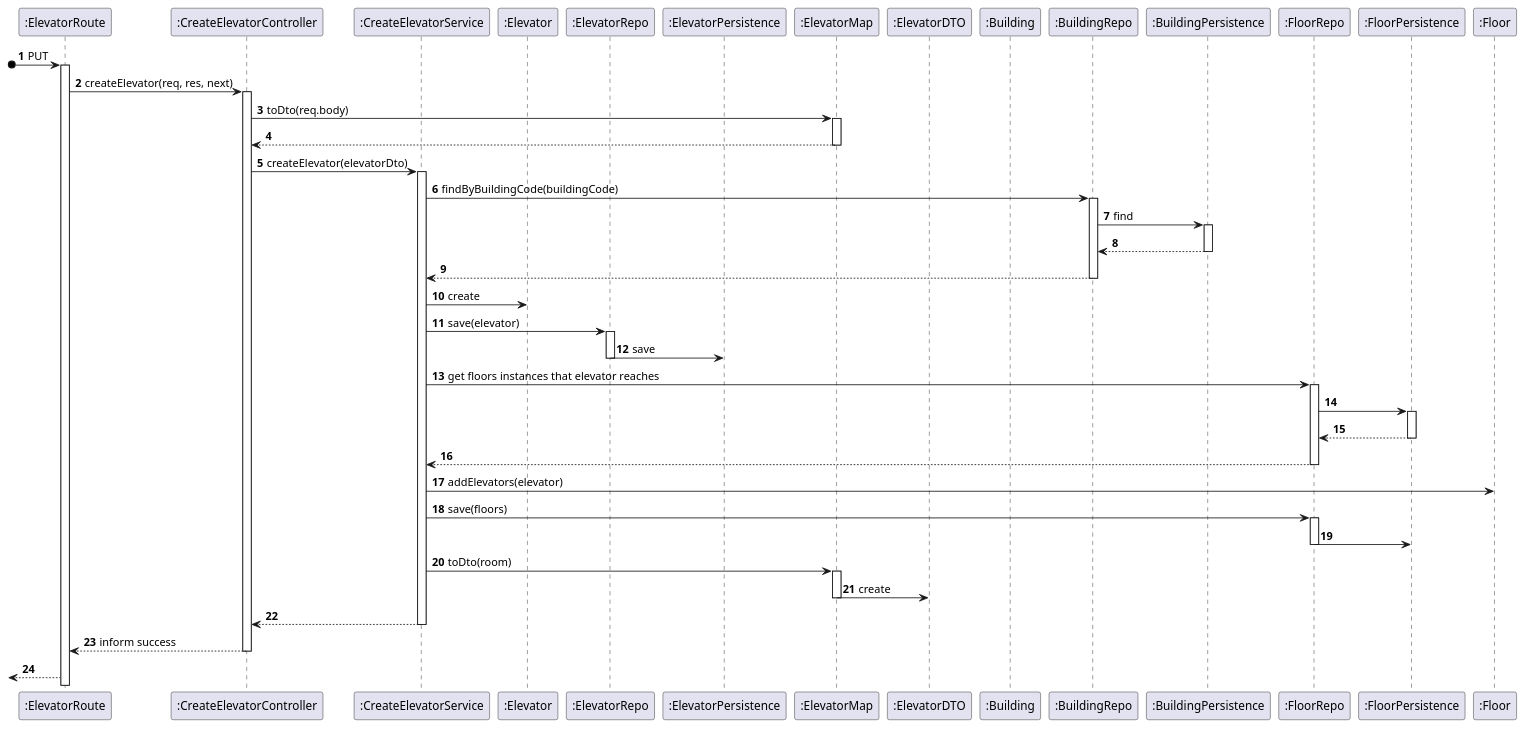
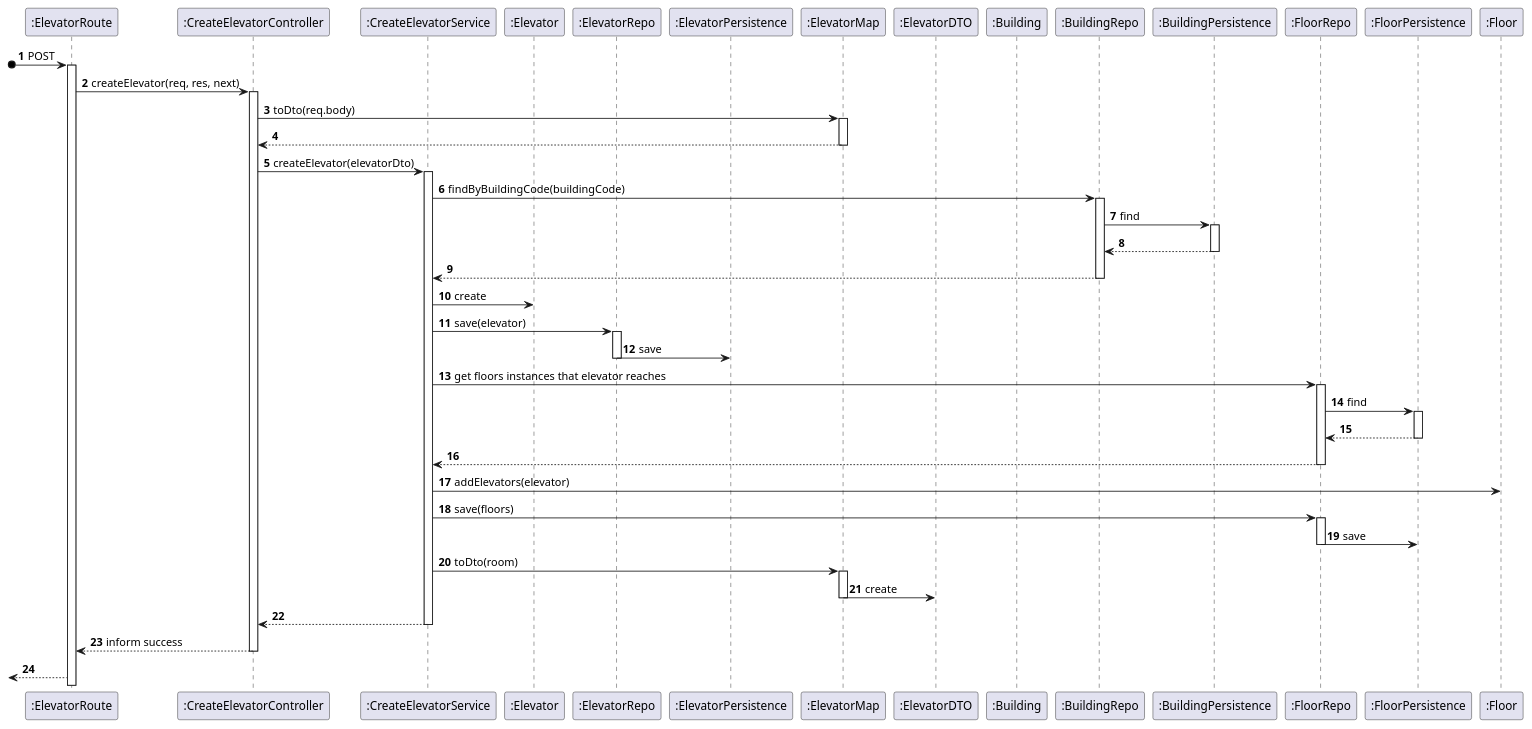
Before and after one commit to Pedro-Pereira1/sem5pi_23_24_g056: the diagram in docs/US_270/Diagrams/Level3/ProcessView.puml, drawn with PlantUML. The commit also changed 1 other file, not shown here.

Commit message:
Updated US270 documentation ProcessView Layer 3 diagram

```diff
--- a/docs/US_270/Diagrams/Level3/ProcessView.puml
+++ b/docs/US_270/Diagrams/Level3/ProcessView.puml
@@ -1,86 +1,86 @@
 @startuml
 
 autonumber
 
 participant ":ElevatorRoute" as Route
 participant ":CreateElevatorController" as Controller
 participant ":CreateElevatorService" as Service
 participant ":Elevator" as Elevator
 participant ":ElevatorRepo" as Repo
 participant ":ElevatorPersistence" as Schema
 participant ":ElevatorMap" as Map
 participant ":ElevatorDTO" as DTO
 participant ":Building" as Building
 participant ":BuildingRepo" as BuildingRepo
 participant ":BuildingPersistence" as BuildingPersistence
 participant ":FloorRepo" as FloorRepo
 participant ":FloorPersistence" as FloorPersistence
 participant ":Floor" as Floor
 
 
-?o->Route: PUT
+?o->Route: POST
 activate Route
 
 Route -> Controller: createElevator(req, res, next)
 activate Controller
 
 Controller -> Map: toDto(req.body)
 activate Map
 
 Controller <-- Map
 deactivate Map
 
 
 Controller -> Service: createElevator(elevatorDto)
 activate Service
 
 Service -> BuildingRepo: findByBuildingCode(buildingCode)
 activate BuildingRepo
 BuildingRepo -> BuildingPersistence: find
 activate BuildingPersistence
 BuildingRepo <-- BuildingPersistence
 deactivate BuildingPersistence
 Service <-- BuildingRepo
 deactivate BuildingRepo
 
 
 Service -> Elevator: create
 
 Service -> Repo: save(elevator)
 activate Repo
 
 Repo -> Schema: save
 deactivate Repo
 
 Service -> FloorRepo: get floors instances that elevator reaches
 activate FloorRepo
-FloorRepo -> FloorPersistence
+FloorRepo -> FloorPersistence: find
 activate FloorPersistence
-FloorRepo <-- FloorPersistence
+FloorRepo <-- FloorPersistence:
 deactivate FloorPersistence
 Service <-- FloorRepo
 deactivate FloorRepo
 
 Service -> Floor: addElevators(elevator)
 Service -> FloorRepo: save(floors)
 activate FloorRepo
-FloorRepo -> FloorPersistence
+FloorRepo -> FloorPersistence: save
 deactivate FloorRepo
 
 Service -> Map:toDto(room)
 activate Map
 Map -> DTO: create
 deactivate Map
 
 Service --> Controller:
 deactivate Service
 
 
 Controller --> Route: inform success
 deactivate Controller
 
 <--Route:
 
 
 
 @enduml
```
